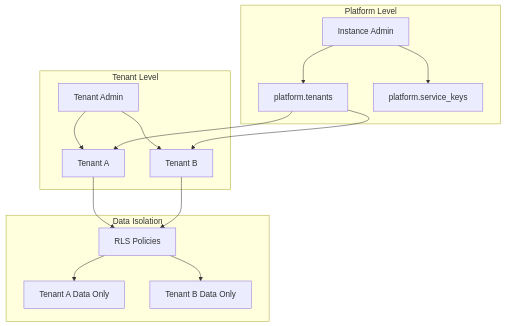
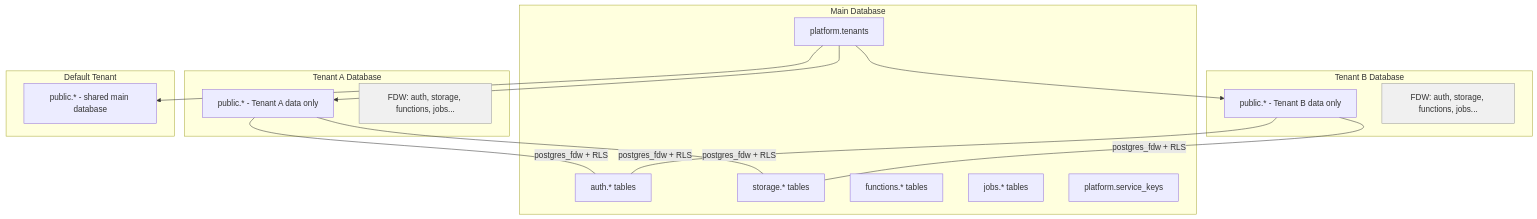
One commit to nimbleflux/fluxbase changed the diagram in docs/src/content/docs/guides/multi-tenancy.md. Above: the diagram before and after it, drawn with Mermaid. The commit also changed other lines of this file and 107 other files, not shown here.

````diff
--- a/docs/src/content/docs/guides/multi-tenancy.md
+++ b/docs/src/content/docs/guides/multi-tenancy.md
@@ -18,22 +10,37 @@
 ```mermaid
 graph TD
-    subgraph "Platform Level"
-        A[Instance Admin] --> B[platform.tenants]
-        A --> C[platform.service_keys]
+    subgraph "Main Database"
+        A[auth.* tables]
+        B[storage.* tables]
+        C[functions.* tables]
+        D[jobs.* tables]
+        E[platform.tenants]
+        F[platform.service_keys]
     end
 
-    subgraph "Tenant Level"
-        D[Tenant Admin] --> E[Tenant A]
-        D --> F[Tenant B]
+    subgraph "Tenant A Database"
+        G[public.* - Tenant A data only]
+        H[FDW: auth, storage, functions, jobs...]
     end
 
-    subgraph "Data Isolation"
-        E --> G[RLS Policies]
-        F --> G
-        G --> H[Tenant A Data Only]
-        G --> I[Tenant B Data Only]
+    subgraph "Tenant B Database"
+        I[public.* - Tenant B data only]
+        J[FDW: auth, storage, functions, jobs...]
     end
 
-    B --> E
-    B --> F
+    subgraph "Default Tenant"
+        K[public.* - shared main database]
+    end
+
+    E --> G
+    E --> I
+    E --> K
+
+    G ---|postgres_fdw + RLS| A
+    G ---|postgres_fdw + RLS| B
+    I ---|postgres_fdw + RLS| A
+    I ---|postgres_fdw + RLS| B
+
+    style H fill:#f0f0f0,stroke:#999
+    style J fill:#f0f0f0,stroke:#999
 ```
````
